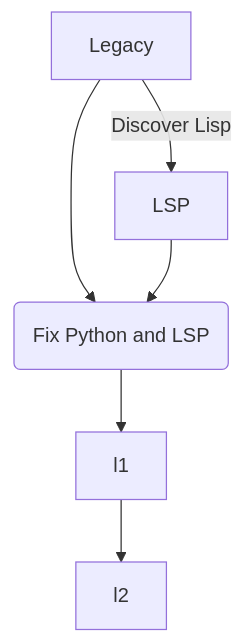
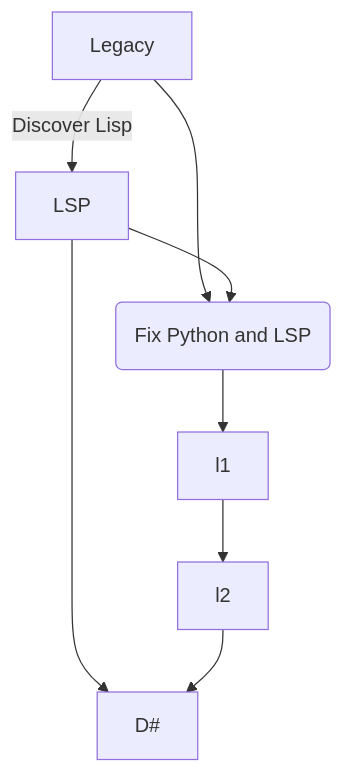
The diagram in README.md (Soyo-Wind/Argon), drawn with Mermaid before and after one commit. The commit also changed 22 other files, not shown here.

````diff
--- a/README.md
+++ b/README.md
@@ -3,8 +3,10 @@
 ```mermaid
 graph TD;
     A[Legacy] -->|Discover Lisp| B[LSP]
     A --> C
     B --> C(Fix Python and LSP)
     C --> D[l1]
     D --> E[l2]
+    B --> F[D#]
+    E --> F
 ```
````
